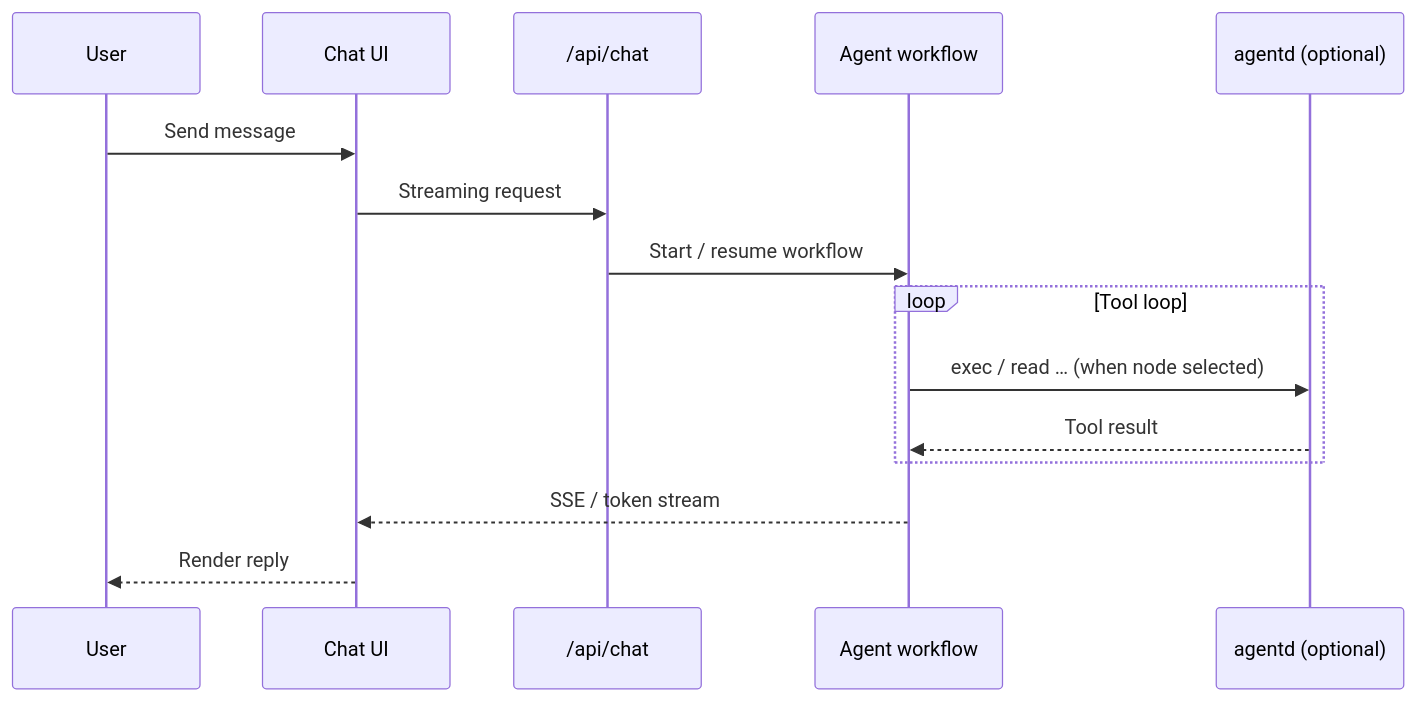
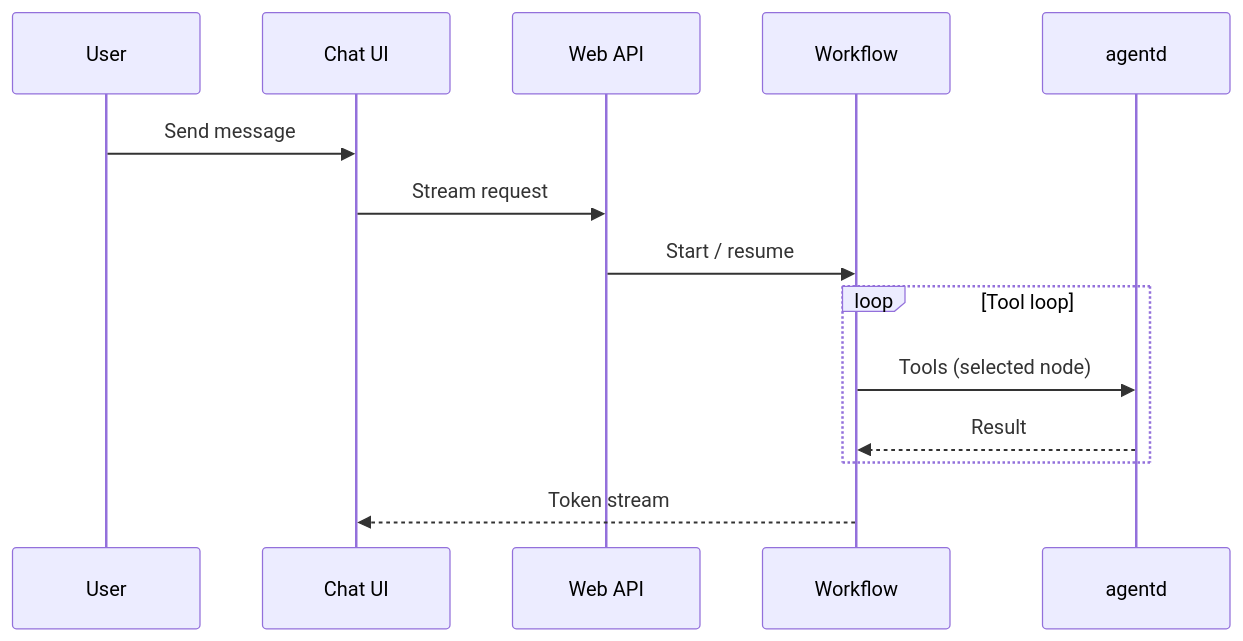
The third of 4 diagrams in README.EN.md (NekoSekaiMoe/agentboster), drawn with Mermaid before and after one commit. The commit also changed other lines of this file and 5 other files, not shown here.

````diff
--- a/README.EN.md
+++ b/README.EN.md
@@ -99,18 +99,17 @@
 ```mermaid
 sequenceDiagram
   participant U as User
   participant UI as Chat UI
-  participant API as /api/chat
-  participant WF as Agent workflow
-  participant D as agentd (optional)
+  participant API as Web API
+  participant WF as Workflow
+  participant D as agentd
 
   U->>UI: Send message
-  UI->>API: Streaming request
-  API->>WF: Start / resume workflow
+  UI->>API: Stream request
+  API->>WF: Start / resume
   loop Tool loop
-    WF->>D: exec / read … (when node selected)
-    D-->>WF: Tool result
+    WF->>D: Tools (selected node)
+    D-->>WF: Result
   end
-  WF-->>UI: SSE / token stream
-  UI-->>U: Render reply
+  WF-->>UI: Token stream
 ```
````
